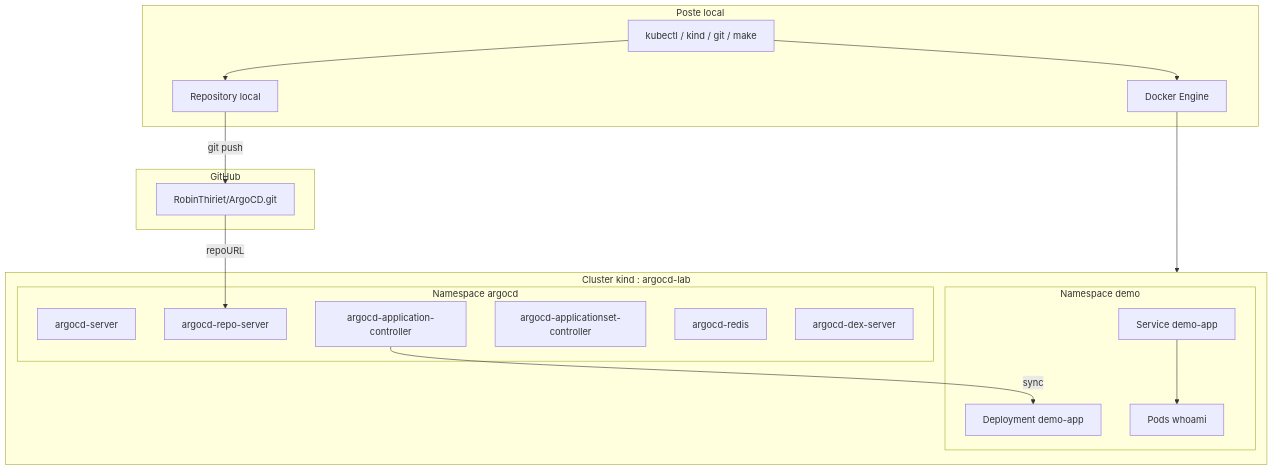
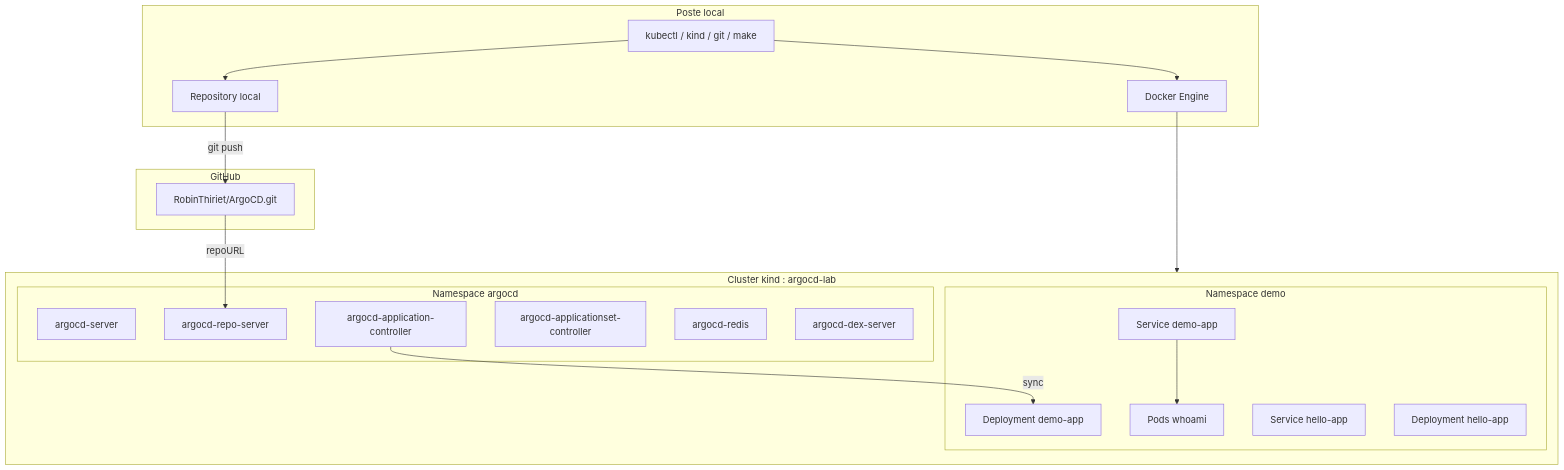
The second of 2 diagrams in README.md (RobinThiriet/ArgoCD), drawn with Mermaid before and after one commit. The commit also changed other lines of this file and 24 other files, not shown here.

````diff
--- a/README.md
+++ b/README.md
@@ -69,37 +72,39 @@
 ```mermaid
 flowchart TB
     subgraph Workstation["Poste local"]
         Docker[Docker Engine]
         CLI[kubectl / kind / git / make]
         Repo[Repository local]
     end
 
     subgraph GitHub["GitHub"]
         Origin[RobinThiriet/ArgoCD.git]
     end
 
     subgraph Cluster["Cluster kind : argocd-lab"]
         subgraph ArgoNs["Namespace argocd"]
             Server[argocd-server]
             RepoServer[argocd-repo-server]
             AppController[argocd-application-controller]
             AppSet[argocd-applicationset-controller]
             Redis[argocd-redis]
             Dex[argocd-dex-server]
         end
 
         subgraph DemoNs["Namespace demo"]
             Service[Service demo-app]
             Deploy[Deployment demo-app]
             Pods[Pods whoami]
+            HelloSvc[Service hello-app]
+            HelloDeploy[Deployment hello-app]
         end
     end
 
     CLI --> Repo
     CLI --> Docker
     Docker --> Cluster
     Repo -->|git push| Origin
     Origin -->|repoURL| RepoServer
     AppController -->|sync| Deploy
     Service --> Pods
 ```
````
